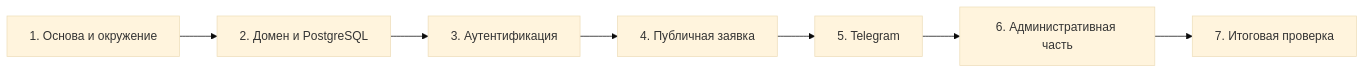
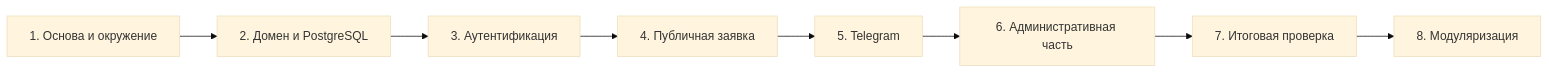
One commit to IronCrocks/LeadFlow changed the diagram in IMPLEMENTATION_PLAN.md. Above: the diagram before and after it, drawn with Mermaid (base theme). The commit also changed other lines of this file and 2 other files, not shown here.

````diff
--- a/IMPLEMENTATION_PLAN.md
+++ b/IMPLEMENTATION_PLAN.md
@@ -23,9 +26,10 @@
 ```mermaid
 flowchart LR
     S1[1. Основа и окружение] --> S2[2. Домен и PostgreSQL]
     S2 --> S3[3. Аутентификация]
     S3 --> S4[4. Публичная заявка]
     S4 --> S5[5. Telegram]
     S5 --> S6[6. Административная часть]
     S6 --> S7[7. Итоговая проверка]
+    S7 --> S8[8. Модуляризация]
 ```
````
